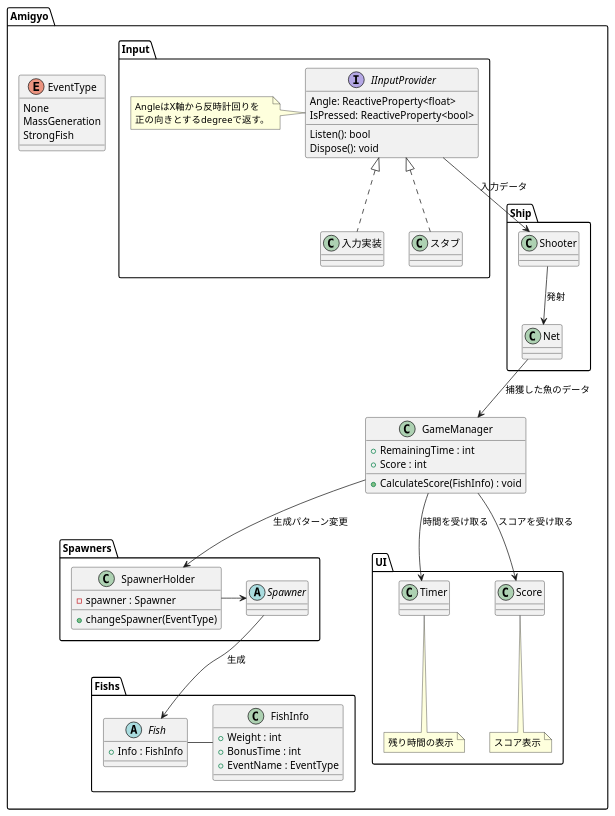
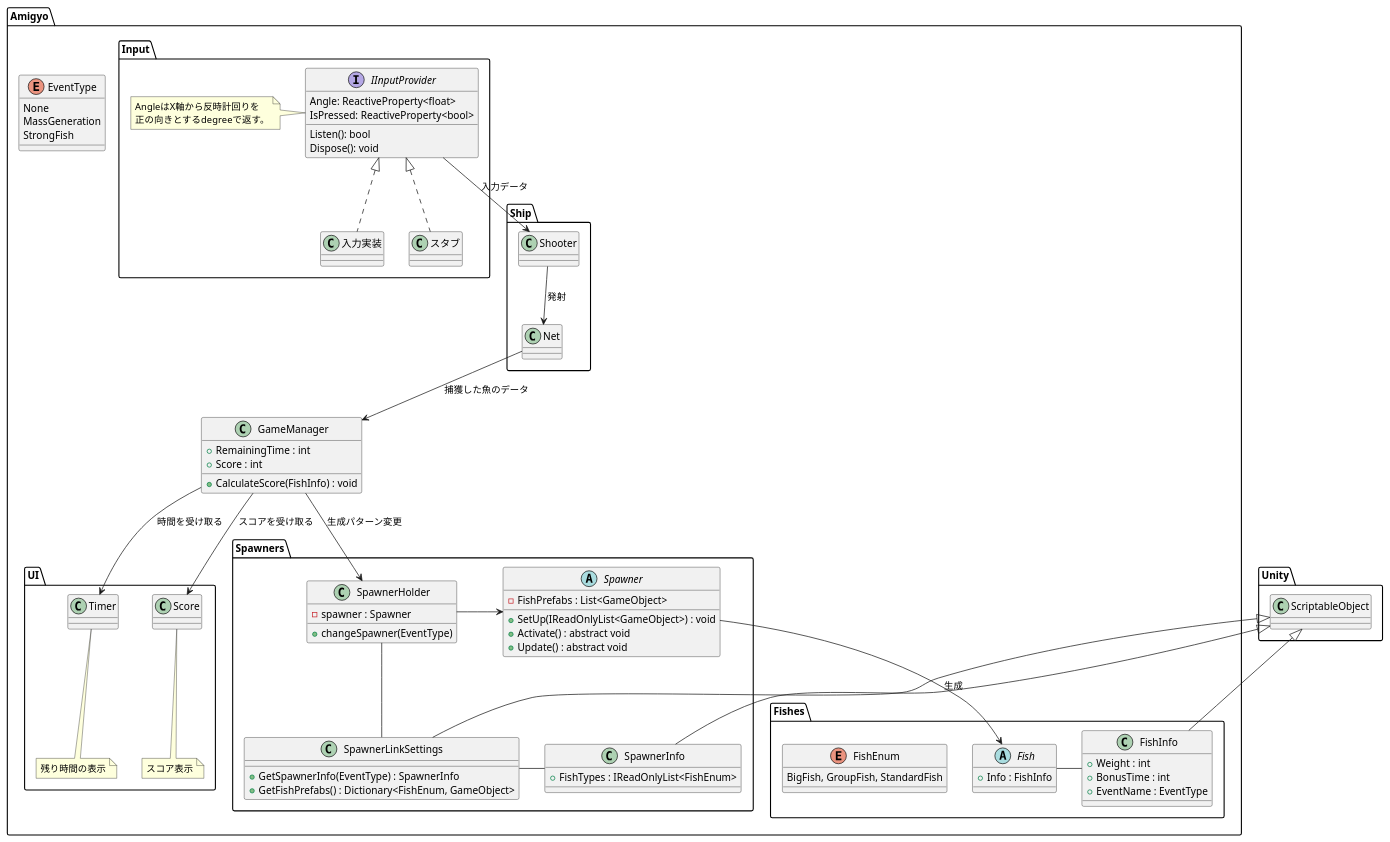
Before and after one commit to pumpkin1126/ami-gyo: the diagram in docs/ソフトウェアクラス図.plantuml, drawn with PlantUML. The commit also changed 36 other files, not shown here.

```diff
--- a/docs/ソフトウェアクラス図.plantuml
+++ b/docs/ソフトウェアクラス図.plantuml
@@ -1,88 +1,118 @@
 @startuml Amigyo-class
+
+nameSpace Unity{
+    class ScriptableObject{
+
+    }
+}
 
 namespace Amigyo {
 
     namespace Input {
         interface IInputProvider {
             Angle: ReactiveProperty<float>
             IsPressed: ReactiveProperty<bool>
             Listen(): bool
             Dispose(): void
         }
         note left
         AngleはX軸から反時計回りを
         正の向きとするdegreeで返す。
         end note
 
         IInputProvider <|.. 入力実装
         IInputProvider <|.. スタブ
     }
 
     namespace Spawners{
         class SpawnerHolder{
             - spawner : Spawner
             + changeSpawner(EventType)
         }
 
         abstract class Spawner{
+            - FishPrefabs : List<GameObject>
+            + SetUp(IReadOnlyList<GameObject>) : void
+            + Activate() : abstract void
+            + Update() : abstract void
+        }
 
+        class SpawnerLinkSettings{
+            + GetSpawnerInfo(EventType) : SpawnerInfo
+            + GetFishPrefabs() : Dictionary<FishEnum, GameObject> 
+        }
+
+        class SpawnerInfo{
+            + FishTypes : IReadOnlyList<FishEnum>
         }
 
         SpawnerHolder -> Spawner
+        SpawnerHolder -- SpawnerLinkSettings
+        SpawnerLinkSettings - SpawnerInfo
+        Unity.ScriptableObject <|-- SpawnerLinkSettings
+        Unity.ScriptableObject <|-- SpawnerInfo
     }
 
-    namespace Fishs{
+    namespace Fishes{
         class FishInfo{
             + Weight : int
             + BonusTime : int
             + EventName : EventType
         }
 
         abstract class Fish{
             + Info : FishInfo
         }
+
+        enum FishEnum{
+            BigFish, GroupFish, StandardFish
+        }
+
+        Unity.ScriptableObject <|-- FishInfo
     }
+
+    
 
     class GameManager{
         + RemainingTime : int
         + Score : int
         + CalculateScore(FishInfo) : void
     }
 
     enum EventType{
         None
         MassGeneration
         StrongFish
     }
 
     namespace UI{
 
         class Timer{
 
         }
         note bottom : 残り時間の表示
 
         class Score{
 
         }
         note bottom : スコア表示
     }
 
     namespace Ship{
         class Shooter{
 
         }
         class Net
 
         Shooter --> Net : 発射
     }
 
     GameManager --> Amigyo.UI.Timer : 時間を受け取る
     GameManager --> Amigyo.UI.Score : スコアを受け取る
     GameManager --> Amigyo.Spawners.SpawnerHolder : 生成パターン変更
     Amigyo.Ship.Net --> GameManager : 捕獲した魚のデータ
     Amigyo.Input.IInputProvider --> Amigyo.Ship.Shooter : 入力データ
-    Amigyo.Spawners.Spawner --> Amigyo.Fishs.Fish : 生成
-    Amigyo.Fishs.Fish - Amigyo.Fishs.FishInfo
+    Amigyo.Spawners.Spawner --> Amigyo.Fishes.Fish : 生成
+    Amigyo.Fishes.Fish - Amigyo.Fishes.FishInfo
 }
 @enduml
```
